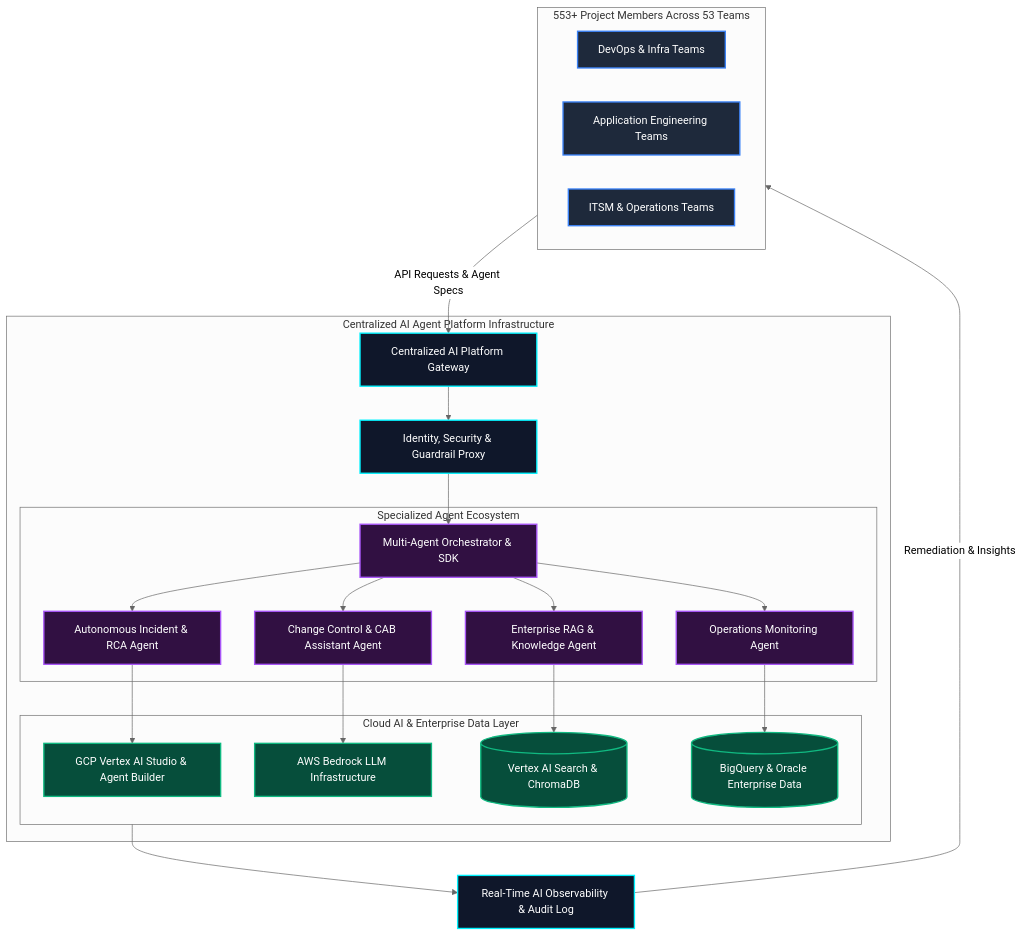
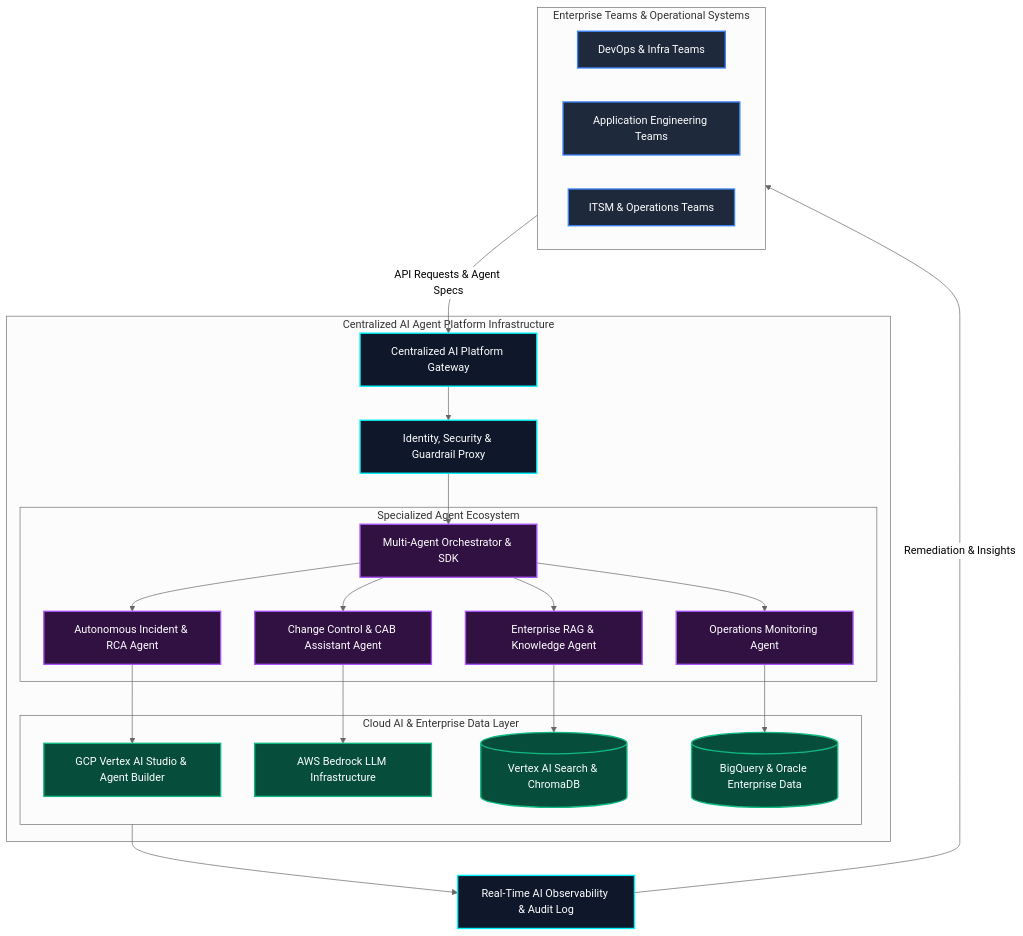
Before and after one commit to Sonu-Thomas-001/Sonu-Thomas-001: the first of 4 diagrams in README.md, drawn with Mermaid (neutral theme). The commit also changed other lines of this file, not shown here.

````diff
--- a/README.md
+++ b/README.md
@@ -218,42 +218,42 @@
 ```mermaid
 graph TD
     classDef platformStyle fill:#0F172A,stroke:#00F2FE,stroke-width:2px,color:#FFF;
     classDef teamStyle fill:#1E293B,stroke:#3B82F6,stroke-width:2px,color:#FFF;
     classDef agentStyle fill:#311042,stroke:#A855F7,stroke-width:2px,color:#FFF;
     classDef cloudStyle fill:#064E3B,stroke:#10B981,stroke-width:2px,color:#FFF;
 
-    subgraph EnterpriseEcosystem ["553+ Project Members Across 53 Teams"]
+    subgraph EnterpriseEcosystem ["Enterprise Teams & Operational Systems"]
         TeamA["DevOps & Infra Teams"]
         TeamB["Application Engineering Teams"]
         TeamC["ITSM & Operations Teams"]
     end
 
     EnterpriseEcosystem -->|API Requests & Agent Specs| Gateway["Centralized AI Platform Gateway"]
 
     subgraph PlatformInfra ["Centralized AI Agent Platform Infrastructure"]
         Gateway --> Auth["Identity, Security & Guardrail Proxy"]
         Auth --> AgentRouter["Multi-Agent Orchestrator & SDK"]
 
         subgraph AgentCluster ["Specialized Agent Ecosystem"]
             AgentRouter --> IncidentAgent["Autonomous Incident & RCA Agent"]
             AgentRouter --> ChangeAgent["Change Control & CAB Assistant Agent"]
             AgentRouter --> SearchAgent["Enterprise RAG & Knowledge Agent"]
             AgentRouter --> MonitorAgent["Operations Monitoring Agent"]
         end
 
         subgraph CloudLayer ["Cloud AI & Enterprise Data Layer"]
             IncidentAgent --> VertexAI["GCP Vertex AI Studio & Agent Builder"]
             ChangeAgent --> AWSBedrock["AWS Bedrock LLM Infrastructure"]
             SearchAgent --> VectorStore[("Vertex AI Search & ChromaDB")]
             MonitorAgent --> BigQuery[("BigQuery & Oracle Enterprise Data")]
         end
     end
 
     CloudLayer --> Telemetry["Real-Time AI Observability & Audit Log"]
     Telemetry -->|Remediation & Insights| EnterpriseEcosystem
 
     class Gateway,Auth,Telemetry platformStyle;
     class TeamA,TeamB,TeamC teamStyle;
     class AgentRouter,IncidentAgent,ChangeAgent,SearchAgent,MonitorAgent agentStyle;
     class VertexAI,AWSBedrock,VectorStore,BigQuery cloudStyle;
 ```
````
